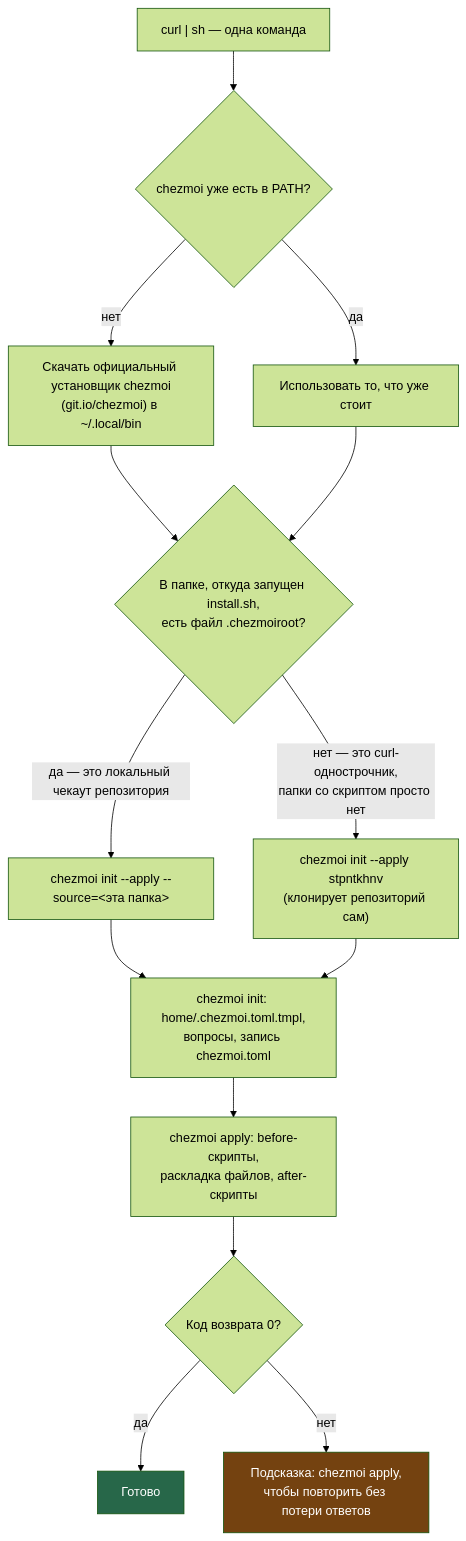
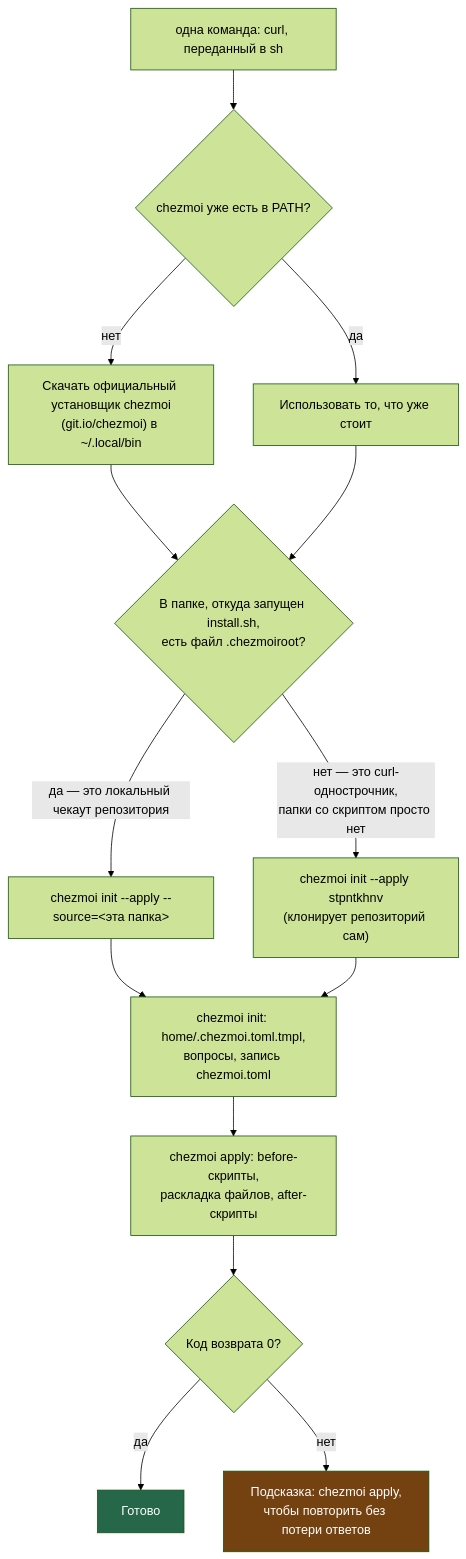
Before and after one commit to stpntkhnv/dotfiles: the first of 2 diagrams in docs/install.md, drawn with Mermaid (forest theme).

Commit message:
install: убрать вертикальную черту из метки узла на схеме

````diff
--- a/docs/install.md
+++ b/docs/install.md
@@ -45,20 +45,20 @@
 ```mermaid
 flowchart TD
-    A["curl | sh — одна команда"] --> B{"chezmoi уже есть в PATH?"}
+    A["одна команда: curl, переданный в sh"] --> B{"chezmoi уже есть в PATH?"}
     B -->|нет| C["Скачать официальный установщик chezmoi<br/>(git.io/chezmoi) в ~/.local/bin"]
     B -->|да| D["Использовать то, что уже стоит"]
     C --> E
     D --> E
     E{"В папке, откуда запущен install.sh,<br/>есть файл .chezmoiroot?"}
     E -->|"да — это локальный чекаут репозитория"| F["chezmoi init --apply --source=&lt;эта папка&gt;"]
     E -->|"нет — это curl-однострочник,<br/>папки со скриптом просто нет"| G["chezmoi init --apply stpntkhnv<br/>(клонирует репозиторий сам)"]
     F --> H["chezmoi init: home/.chezmoi.toml.tmpl,<br/>вопросы, запись chezmoi.toml"]
     G --> H
     H --> I["chezmoi apply: before-скрипты,<br/>раскладка файлов, after-скрипты"]
     I --> J{"Код возврата 0?"}
     J -->|да| K["Готово"]
     J -->|нет| L["Подсказка: chezmoi apply,<br/>чтобы повторить без потери ответов"]
 
     style K fill:#276749,color:#fff
     style L fill:#744210,color:#fff
 ```
````
